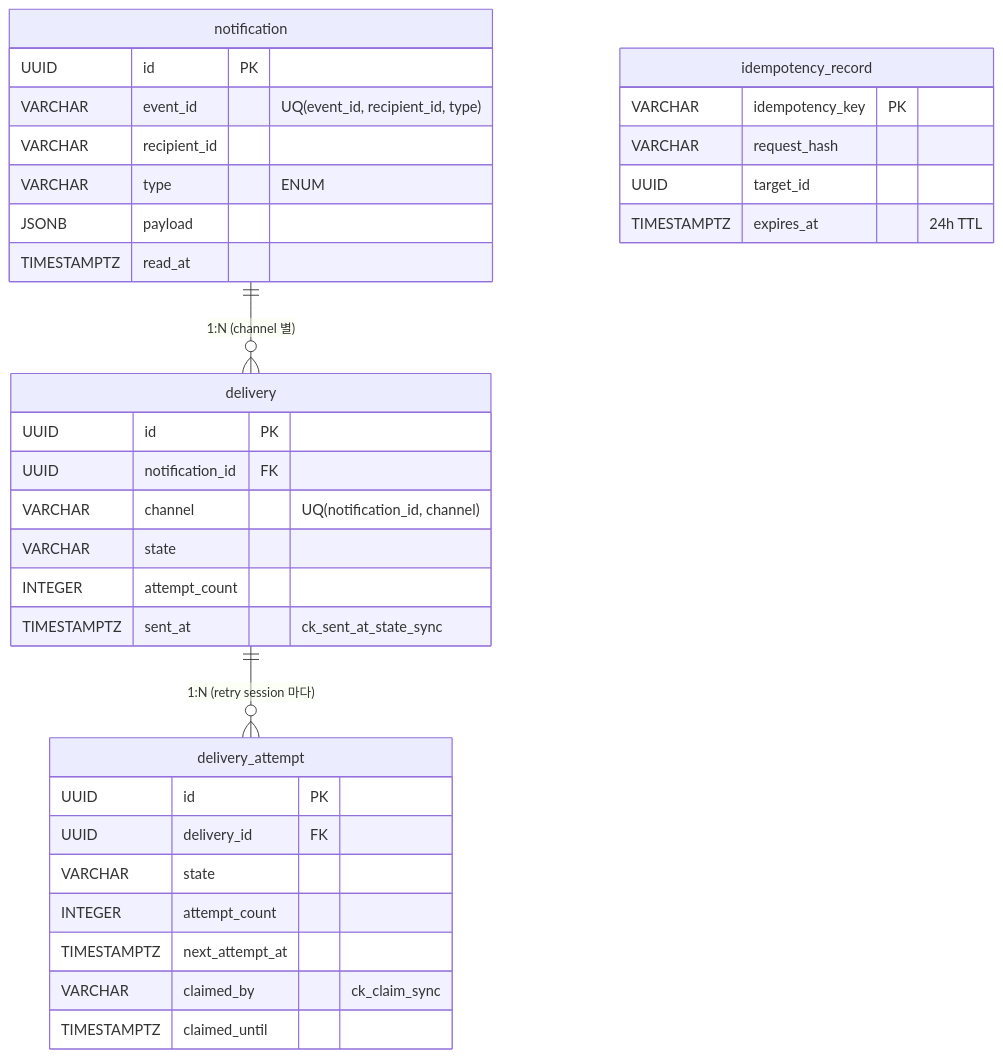
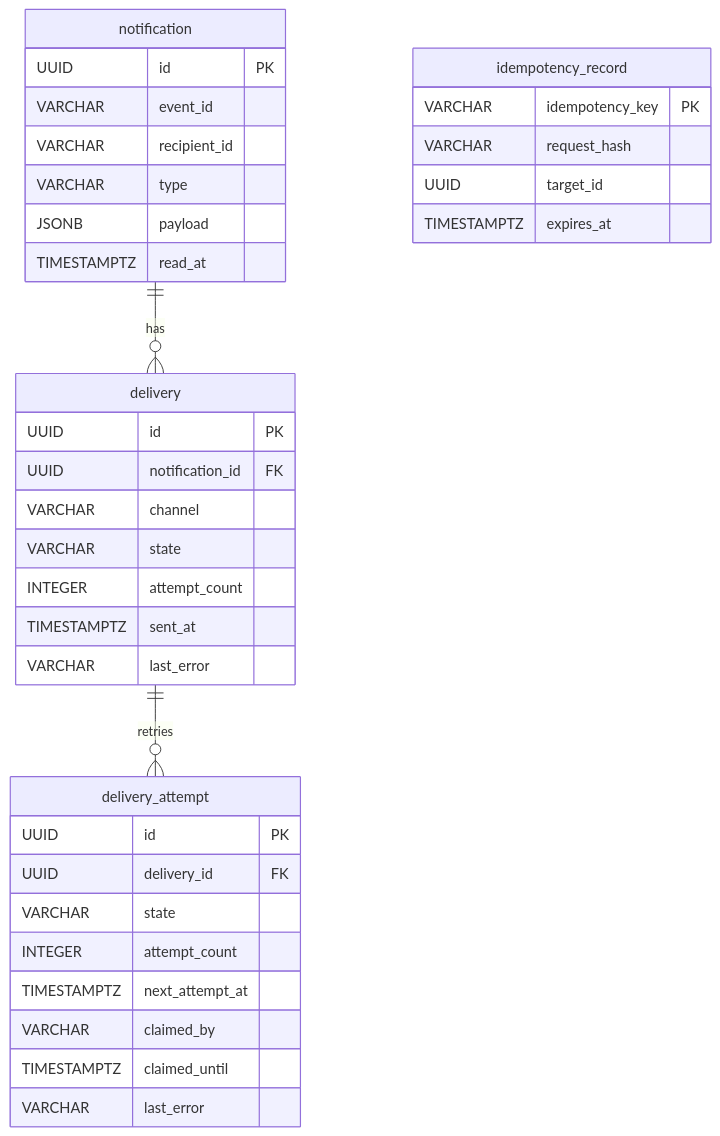
One commit to BigJins/be-c-notification-system changed the diagram in README.md. Above: the diagram before and after it, drawn with Mermaid. The commit also changed other lines of this file and 20 other files, not shown here.

````diff
--- a/README.md
+++ b/README.md
@@ -255,36 +297,42 @@
 ```mermaid
 erDiagram
-    notification ||--o{ delivery : "1:N (channel 별)"
-    delivery ||--o{ delivery_attempt : "1:N (retry session 마다)"
+    notification ||--o{ delivery : has
+    delivery ||--o{ delivery_attempt : retries
+
     notification {
         UUID id PK
-        VARCHAR event_id "UQ(event_id, recipient_id, type)"
+        VARCHAR event_id
         VARCHAR recipient_id
-        VARCHAR type "ENUM"
+        VARCHAR type
         JSONB payload
         TIMESTAMPTZ read_at
     }
+
     delivery {
         UUID id PK
         UUID notification_id FK
-        VARCHAR channel "UQ(notification_id, channel)"
+        VARCHAR channel
         VARCHAR state
         INTEGER attempt_count
-        TIMESTAMPTZ sent_at "ck_sent_at_state_sync"
+        TIMESTAMPTZ sent_at
+        VARCHAR last_error
     }
+
     delivery_attempt {
         UUID id PK
         UUID delivery_id FK
         VARCHAR state
         INTEGER attempt_count
         TIMESTAMPTZ next_attempt_at
-        VARCHAR claimed_by "ck_claim_sync"
+        VARCHAR claimed_by
         TIMESTAMPTZ claimed_until
+        VARCHAR last_error
     }
+
     idempotency_record {
         VARCHAR idempotency_key PK
         VARCHAR request_hash
         UUID target_id
-        TIMESTAMPTZ expires_at "24h TTL"
+        TIMESTAMPTZ expires_at
     }
 ```
````
